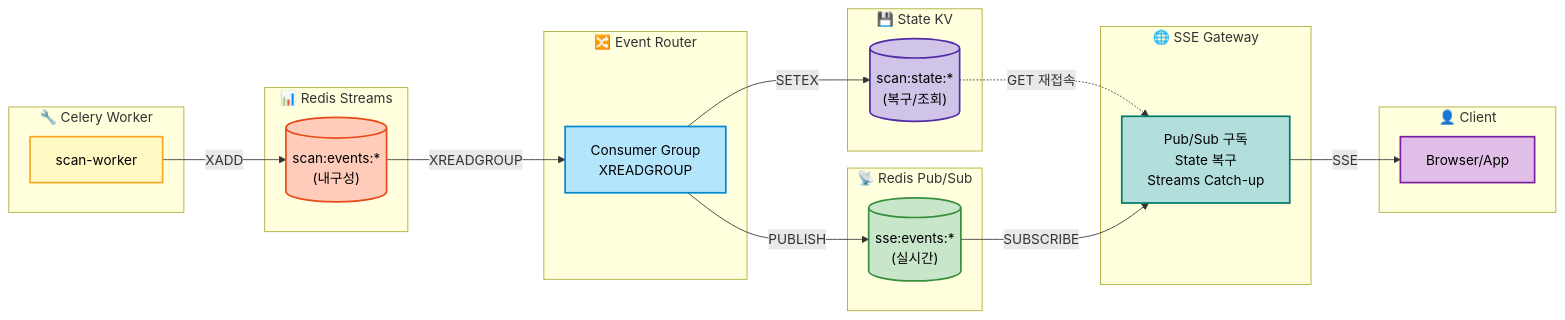
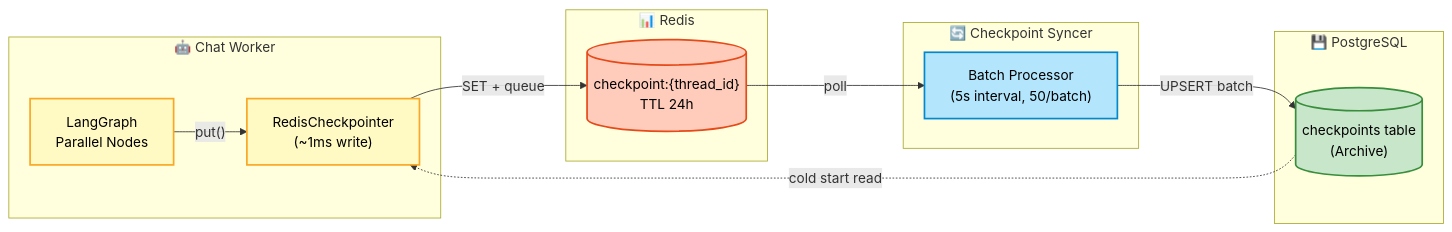
Before and after one commit to eco2-team/backend: the third of 6 diagrams in README.md, drawn with Mermaid. The commit also changed other lines of this file, not shown here.

````diff
--- a/README.md
+++ b/README.md
@@ -311,54 +308,35 @@
 ```mermaid
 flowchart LR
-    subgraph Worker["🔧 Celery Worker"]
-        SW["scan-worker"]
+    subgraph Worker["🤖 Chat Worker"]
+        LG["LangGraph<br/>Parallel Nodes"]
+        RC["RedisCheckpointer<br/>(~1ms write)"]
     end
 
-    subgraph Streams["📊 Redis Streams"]
-        RS[("scan:events:*<br/>(내구성)")]
+    subgraph Redis["📊 Redis"]
+        RK[("checkpoint:{thread_id}<br/>TTL 24h")]
     end
 
-    subgraph Router["🔀 Event Router"]
-        ER["Consumer Group<br/>XREADGROUP"]
+    subgraph Syncer["🔄 Checkpoint Syncer"]
+        CS["Batch Processor<br/>(5s interval, 50/batch)"]
     end
 
-    subgraph State["💾 State KV"]
-        SK[("scan:state:*<br/>(복구/조회)")]
+    subgraph PostgreSQL["💾 PostgreSQL"]
+        PG[("checkpoints table<br/>(Archive)")]
     end
 
-    subgraph PubSub["📡 Redis Pub/Sub"]
-        PS[("sse:events:*<br/>(실시간)")]
-    end
-
-    subgraph Gateway["🌐 SSE Gateway"]
-        SG["Pub/Sub 구독<br/>State 복구<br/>Streams Catch-up"]
-    end
-
-    subgraph Client["👤 Client"]
-        CL["Browser/App"]
-    end
-
-    SW -->|XADD| RS
-    RS -->|XREADGROUP| ER
-    ER -->|SETEX| SK
-    ER -->|PUBLISH| PS
-    SK -.->|GET 재접속| SG
-    PS -->|SUBSCRIBE| SG
-    SG -->|SSE| CL
+    LG -->|"put()"| RC
+    RC -->|"SET + queue"| RK
+    RK -->|"poll"| CS
+    CS -->|"UPSERT batch"| PG
+    PG -.->|"cold start read"| RC
 
     classDef worker fill:#fff9c4,stroke:#f9a825,stroke-width:2px,color:#000
-    classDef streams fill:#ffccbc,stroke:#e64a19,stroke-width:2px,color:#000
-    classDef router fill:#b3e5fc,stroke:#0288d1,stroke-width:2px,color:#000
-    classDef state fill:#d1c4e9,stroke:#512da8,stroke-width:2px,color:#000
-    classDef pubsub fill:#c8e6c9,stroke:#388e3c,stroke-width:2px,color:#000
-    classDef gateway fill:#b2dfdb,stroke:#00796b,stroke-width:2px,color:#000
-    classDef client fill:#e1bee7,stroke:#7b1fa2,stroke-width:2px,color:#000
+    classDef redis fill:#ffccbc,stroke:#e64a19,stroke-width:2px,color:#000
+    classDef syncer fill:#b3e5fc,stroke:#0288d1,stroke-width:2px,color:#000
+    classDef pg fill:#c8e6c9,stroke:#388e3c,stroke-width:2px,color:#000
 
-    class SW worker
-    class RS streams
-    class ER router
-    class SK state
-    class PS pubsub
-    class SG gateway
-    class CL client
+    class LG,RC worker
+    class RK redis
+    class CS syncer
+    class PG pg
 ```
````
